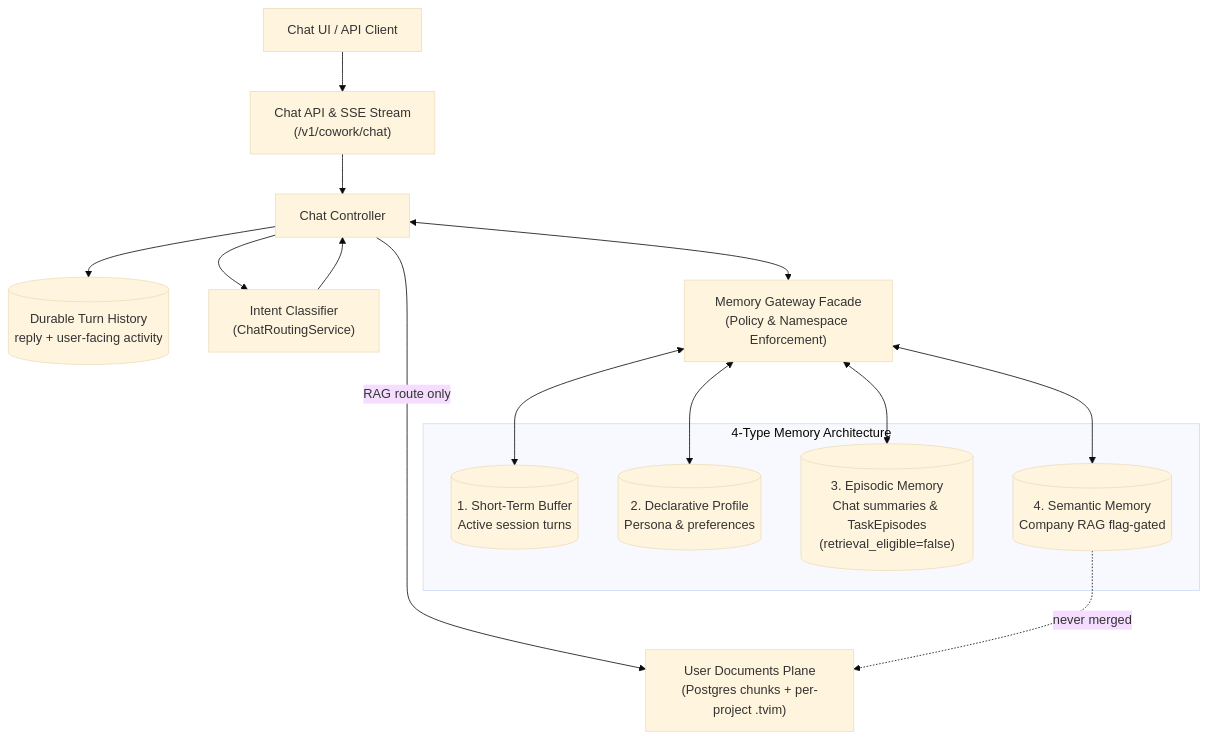
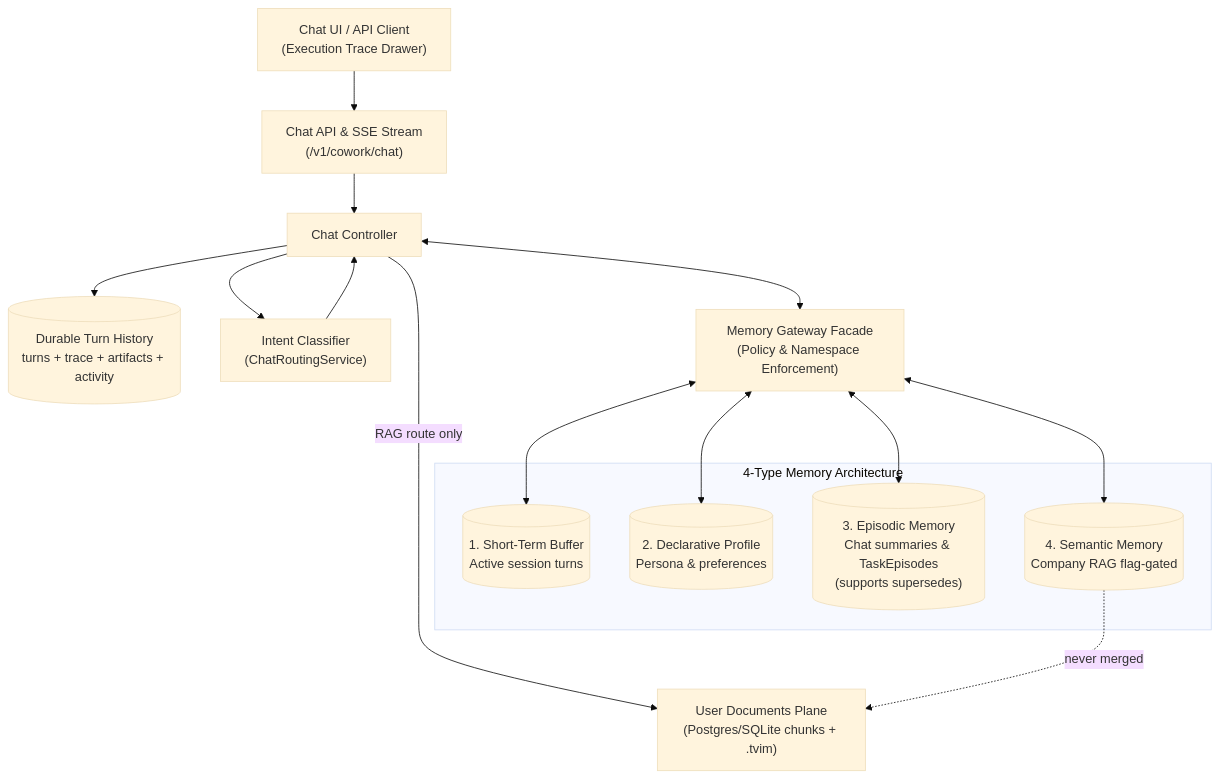
The diagram in docs/architectures/current-architectures/02-ai-chat-and-typed-memory.md (MathematicGuy/EMAIL-AGENT-v1), drawn with Mermaid (base theme) before and after one commit. The commit also changed other lines of this file and 6 other files, not shown here.

Commit message:
Update architecture docs

````diff
--- a/docs/architectures/current-architectures/02-ai-chat-and-typed-memory.md
+++ b/docs/architectures/current-architectures/02-ai-chat-and-typed-memory.md
@@ -16,24 +16,24 @@
 ```mermaid
 flowchart TB
-    CLIENT["Chat UI / API Client"] --> SSE["Chat API & SSE Stream<br/>(/v1/cowork/chat)"]
+    CLIENT["Chat UI / API Client<br/>(Execution Trace Drawer)"] --> SSE["Chat API & SSE Stream<br/>(/v1/cowork/chat)"]
     SSE --> CHAT["Chat Controller"]
-    CHAT --> HISTORY[("Durable Turn History<br/>reply + user-facing activity")]
+    CHAT --> HISTORY[("Durable Turn History<br/>turns + trace + artifacts + activity")]
     CHAT --> CLS["Intent Classifier<br/>(ChatRoutingService)"]
     CLS --> CHAT
     CHAT <--> GATEWAY["Memory Gateway Facade<br/>(Policy & Namespace Enforcement)"]
 
     subgraph MEMORY["4-Type Memory Architecture"]
         SHORT[("1. Short-Term Buffer<br/>Active session turns")]
         DECL[("2. Declarative Profile<br/>Persona & preferences")]
-        EPISODE[("3. Episodic Memory<br/>Chat summaries & TaskEpisodes<br/>(retrieval_eligible=false)")]
+        EPISODE[("3. Episodic Memory<br/>Chat summaries & TaskEpisodes<br/>(supports supersedes)")]
         SEMANTIC[("4. Semantic Memory<br/>Company RAG flag-gated")]
     end
 
     GATEWAY <--> SHORT
     GATEWAY <--> DECL
     GATEWAY <--> EPISODE
     GATEWAY <--> SEMANTIC
 
-    CHAT -->|"RAG route only"| UDOC["User Documents Plane<br/>(Postgres chunks + per-project .tvim)"]
+    CHAT -->|"RAG route only"| UDOC["User Documents Plane<br/>(Postgres/SQLite chunks + .tvim)"]
     SEMANTIC -.->|"never merged"| UDOC
 ```
````
